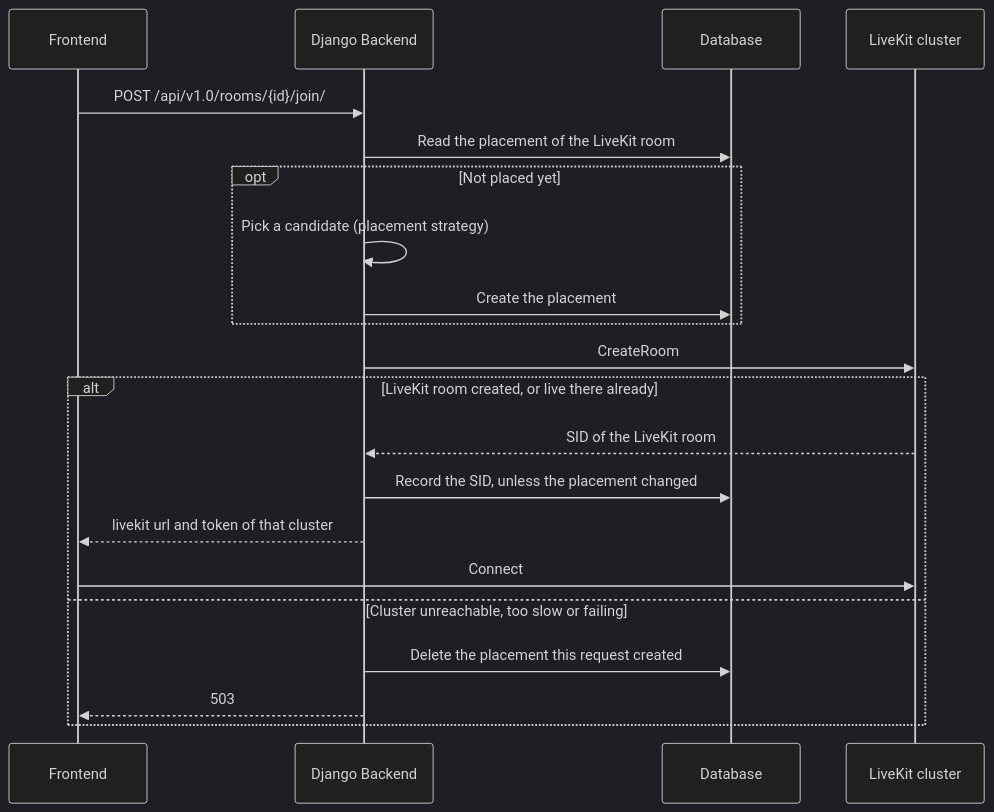
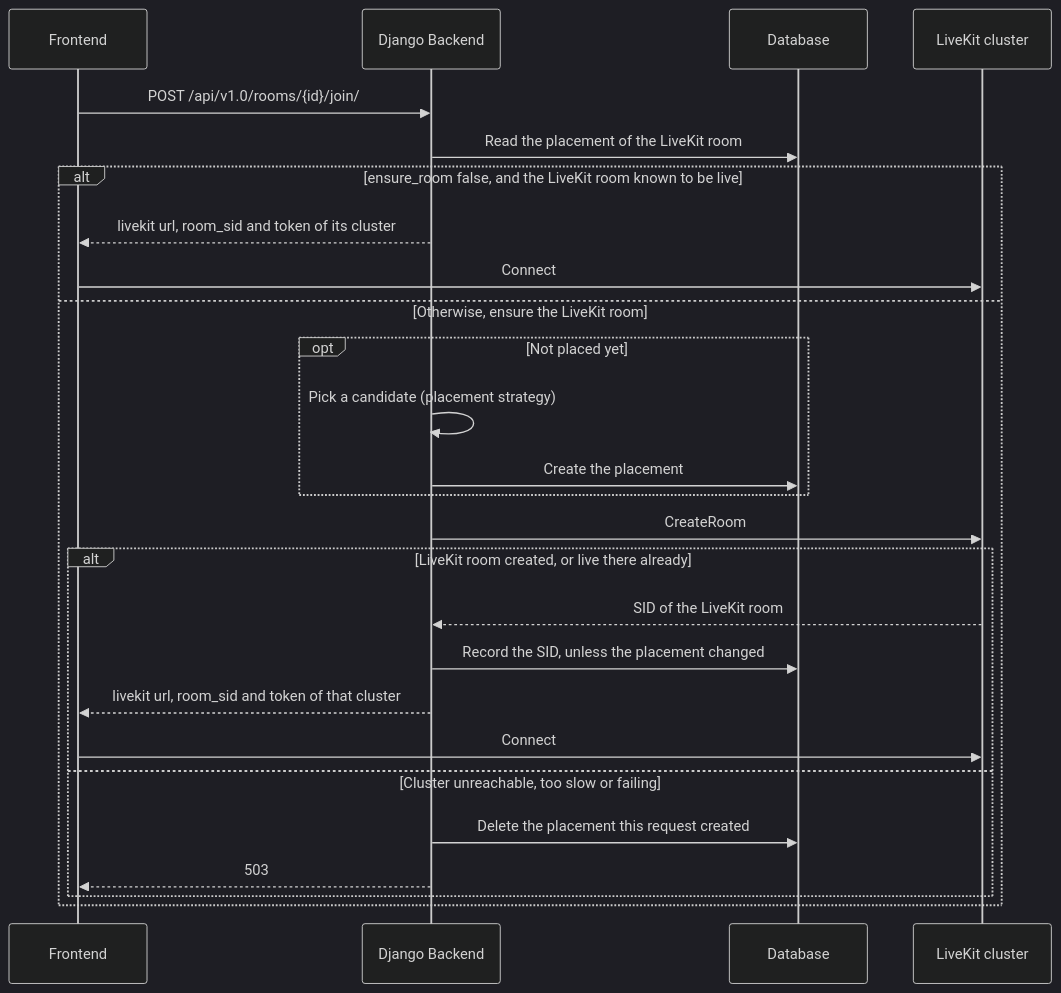
The first of 2 diagrams in docs/features/multi-cluster.md (jangatipraveen1999/meet), drawn with Mermaid (dark theme) before and after one commit. The commit also changed other lines of this file and 7 other files, not shown here.

````diff
--- a/docs/features/multi-cluster.md
+++ b/docs/features/multi-cluster.md
@@ -35,24 +50,29 @@
 ```mermaid
 sequenceDiagram
     participant Frontend
     participant Backend as Django Backend
     participant Database
     participant LiveKit as LiveKit cluster
 
     Frontend->>Backend: POST /api/v1.0/rooms/{id}/join/
     Backend->>Database: Read the placement of the LiveKit room
-    opt Not placed yet
-        Backend->>Backend: Pick a candidate (placement strategy)
-        Backend->>Database: Create the placement
-    end
-    Backend->>LiveKit: CreateRoom
-    alt LiveKit room created, or live there already
-        LiveKit-->>Backend: SID of the LiveKit room
-        Backend->>Database: Record the SID, unless the placement changed
-        Backend-->>Frontend: livekit url and token of that cluster
+    alt ensure_room false, and the LiveKit room known to be live
+        Backend-->>Frontend: livekit url, room_sid and token of its cluster
         Frontend->>LiveKit: Connect
-    else Cluster unreachable, too slow or failing
-        Backend->>Database: Delete the placement this request created
-        Backend-->>Frontend: 503
+    else Otherwise, ensure the LiveKit room
+        opt Not placed yet
+            Backend->>Backend: Pick a candidate (placement strategy)
+            Backend->>Database: Create the placement
+        end
+        Backend->>LiveKit: CreateRoom
+        alt LiveKit room created, or live there already
+            LiveKit-->>Backend: SID of the LiveKit room
+            Backend->>Database: Record the SID, unless the placement changed
+            Backend-->>Frontend: livekit url, room_sid and token of that cluster
+            Frontend->>LiveKit: Connect
+        else Cluster unreachable, too slow or failing
+            Backend->>Database: Delete the placement this request created
+            Backend-->>Frontend: 503
+        end
     end
 ```
````
